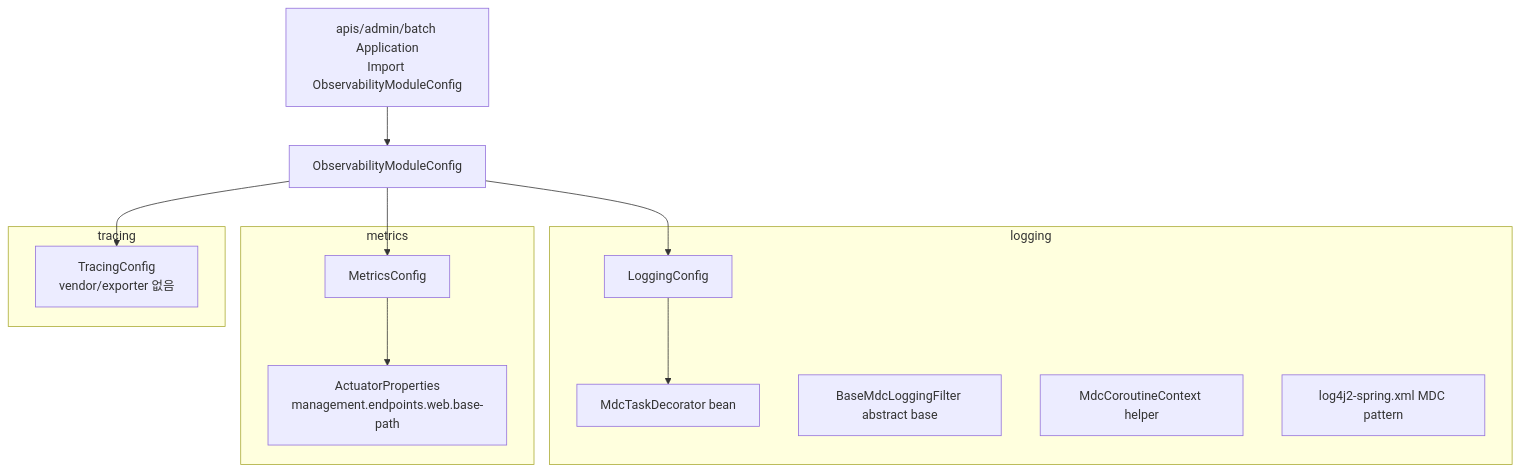
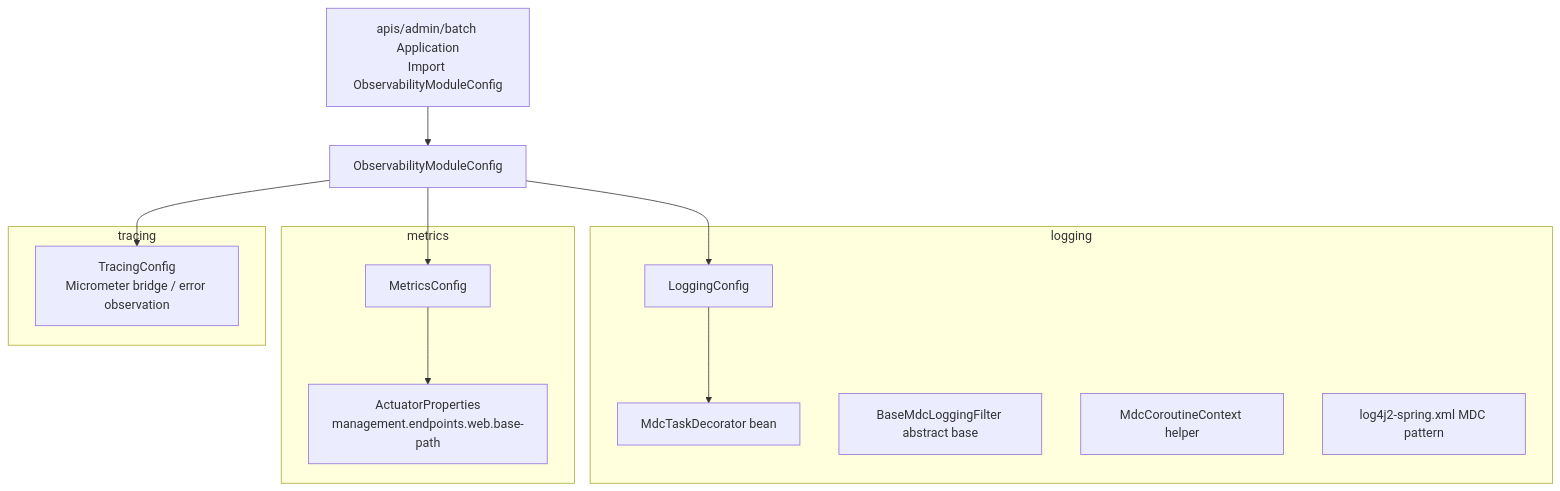
One commit to TEAM-BEAT/BEAT-SERVER changed the second of 4 diagrams in observability/README.md. Above: the diagram before and after it, drawn with Mermaid. The commit also changed other lines of this file and 78 other files, not shown here.

````diff
--- a/observability/README.md
+++ b/observability/README.md
@@ -66,29 +66,29 @@
 ```mermaid
 flowchart TB
     Module["apis/admin/batch Application<br/>Import ObservabilityModuleConfig"]
     Entry[ObservabilityModuleConfig]
 
     subgraph LOGGING[logging]
         LoggingConfig[LoggingConfig]
         MdcTaskDecorator[MdcTaskDecorator bean]
         BaseFilter[BaseMdcLoggingFilter abstract base]
         Coroutine[MdcCoroutineContext helper]
         Log4j2[log4j2-spring.xml MDC pattern]
         LoggingConfig --> MdcTaskDecorator
     end
 
     subgraph METRICS[metrics]
         MetricsConfig[MetricsConfig]
         ActuatorProperties["ActuatorProperties<br/>management.endpoints.web.base-path"]
         MetricsConfig --> ActuatorProperties
     end
 
     subgraph TRACING[tracing]
-        TracingConfig["TracingConfig<br/>vendor/exporter 없음"]
+        TracingConfig["TracingConfig<br/>Micrometer bridge / error observation"]
     end
 
     Module --> Entry
     Entry --> LoggingConfig
     Entry --> MetricsConfig
     Entry --> TracingConfig
 ```
````
